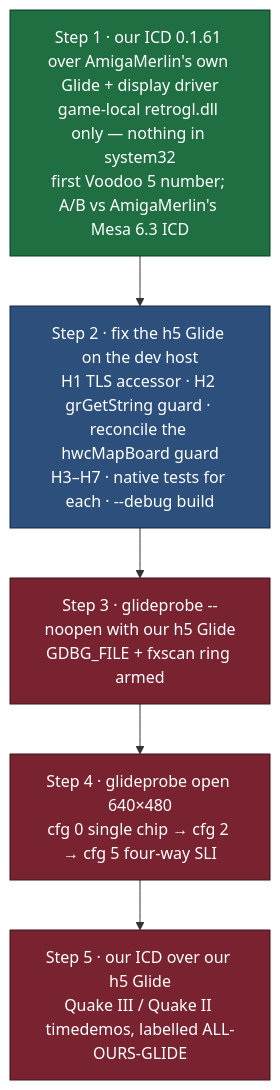
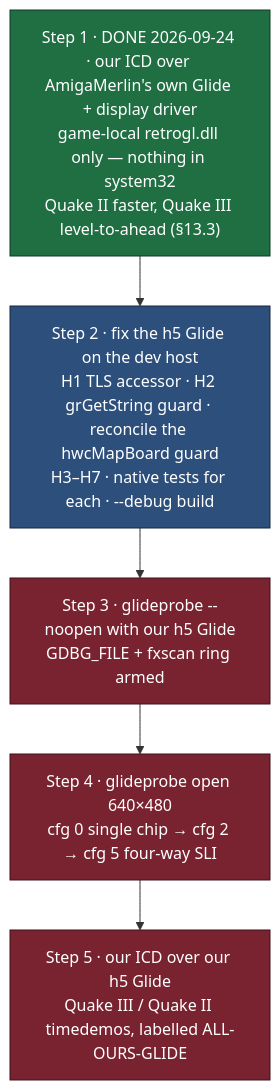
Diagram 14 of 14 in voodoo-cleanroom/README.md (voidsstr/retro-agent), drawn with Mermaid before and after one commit. The commit also changed other lines of this file, not shown here.

Commit message:
docs: voodoo-cleanroom README - the ICD runs on the Voodoo 5 6000 (first V5 numbers, roadmap Step 1 done, I11 does not reproduce)

````diff
--- a/voodoo-cleanroom/README.md
+++ b/voodoo-cleanroom/README.md
@@ -1564,13 +1597,13 @@
 ```mermaid
 flowchart TD
     classDef safe fill:#1f6f43,stroke:#0d3b22,color:#ffffff
     classDef work fill:#2d4f7c,stroke:#16273e,color:#ffffff
     classDef risk fill:#7a2330,stroke:#3d1118,color:#ffffff
 
-    C["Step 1 · our ICD 0.1.61 over AmigaMerlin's own Glide + display driver<br/>game-local retrogl.dll only — nothing in system32<br/>first Voodoo 5 number; A/B vs AmigaMerlin's Mesa 6.3 ICD"]:::safe
+    C["Step 1 · DONE 2026-09-24 · our ICD over AmigaMerlin's own Glide + display driver<br/>game-local retrogl.dll only — nothing in system32<br/>Quake II faster, Quake III level-to-ahead (§13.3)"]:::safe
     F["Step 2 · fix the h5 Glide on the dev host<br/>H1 TLS accessor · H2 grGetString guard · reconcile the hwcMapBoard guard<br/>H3–H7 · native tests for each · --debug build"]:::work
     P["Step 3 · glideprobe --noopen with our h5 Glide<br/>GDBG_FILE + fxscan ring armed"]:::risk
     O["Step 4 · glideprobe open 640×480<br/>cfg 0 single chip → cfg 2 → cfg 5 four-way SLI"]:::risk
     Q["Step 5 · our ICD over our h5 Glide<br/>Quake III / Quake II timedemos, labelled ALL-OURS-GLIDE"]:::risk
     C --> F --> P --> O --> Q
 ```
````
